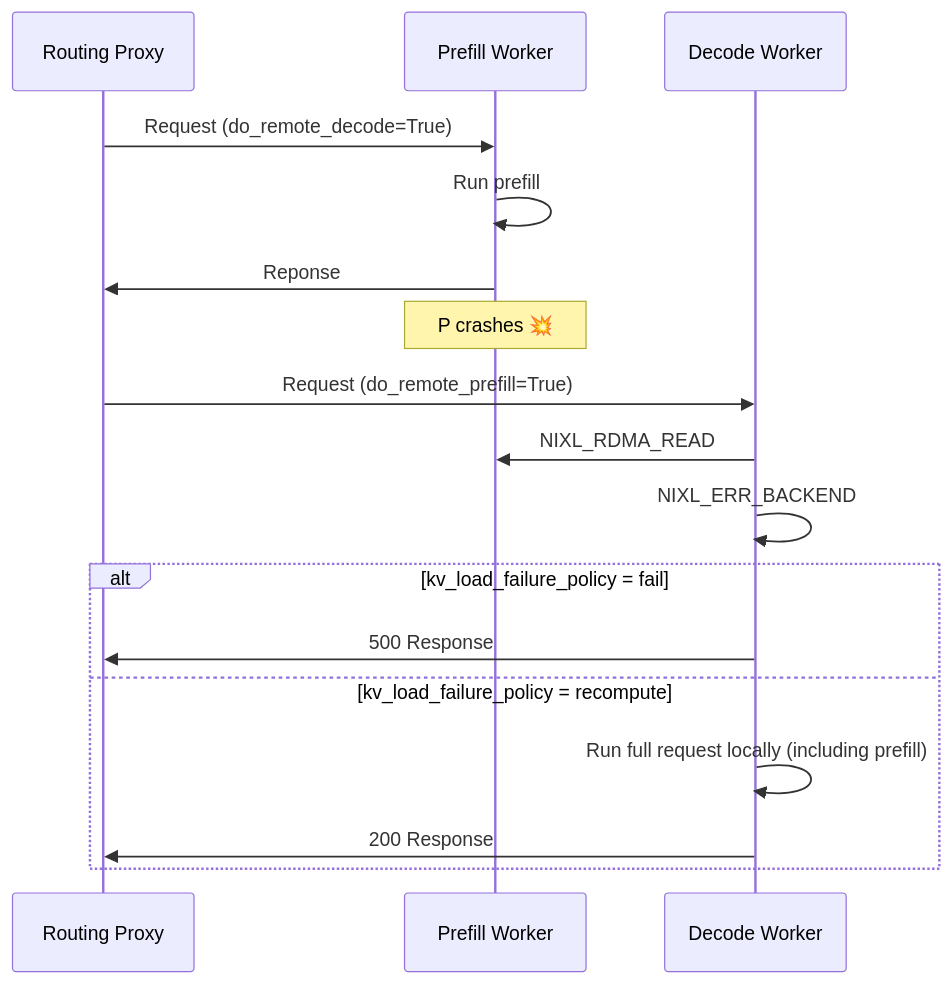
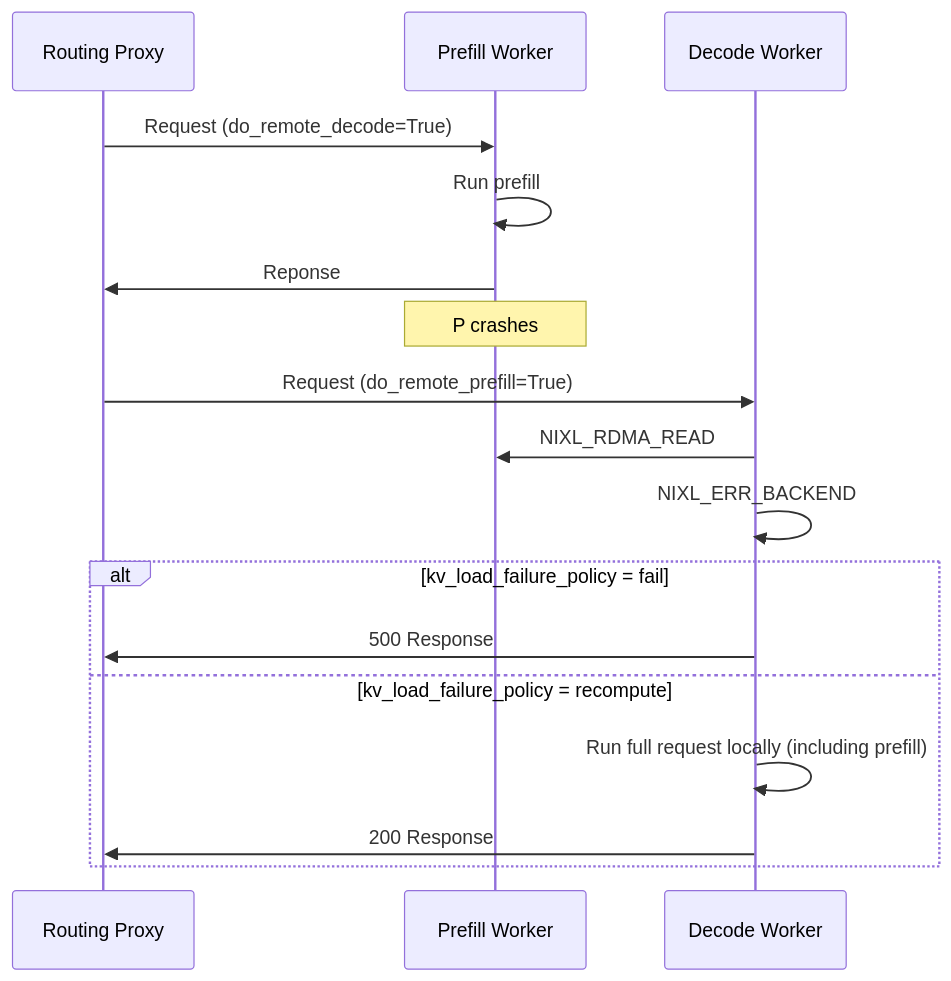
One commit to llm-d/llm-d changed the third of 4 diagrams in docs/wip-docs-new/architecture/advanced/disaggregation/operations-vllm.md. Above: the diagram before and after it, drawn with Mermaid. The commit also changed other lines of this file, not shown here.

````diff
--- a/docs/wip-docs-new/architecture/advanced/disaggregation/operations-vllm.md
+++ b/docs/wip-docs-new/architecture/advanced/disaggregation/operations-vllm.md
@@ -96,23 +97,23 @@
 ```mermaid
 sequenceDiagram
     participant R as Routing Proxy
     participant P as Prefill Worker
     participant D as Decode Worker
 
     R->>P: Request (do_remote_decode=True)
     P->>P: Run prefill
     P->>R: Reponse
 
-    note over P: P crashes 💥
+    note over P: P crashes
 
     R->>D: Request (do_remote_prefill=True)
     D->>P: NIXL_RDMA_READ
     D->>D: NIXL_ERR_BACKEND
 
     alt kv_load_failure_policy = fail
         D->>R: 500 Response
     else kv_load_failure_policy = recompute
         D->>D: Run full request locally (including prefill)
         D->>R: 200 Response
     end
 ```
````
